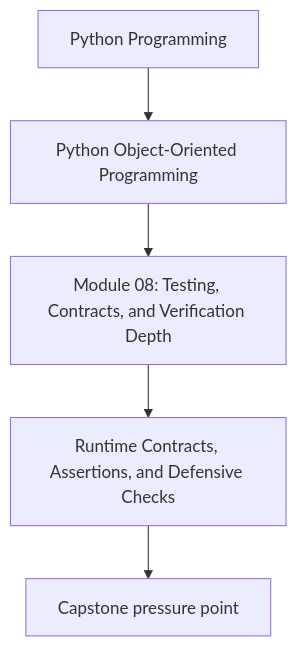
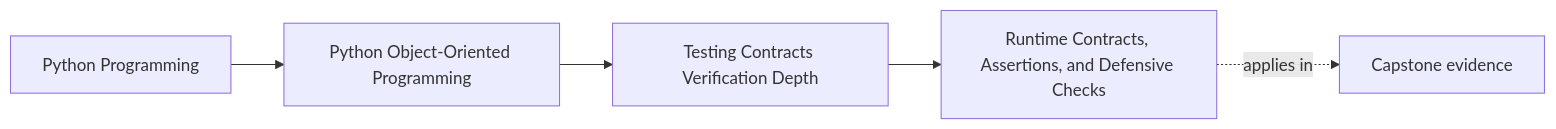
The first of 2 diagrams in programs/python-programming/python-object-oriented-programming/course-book/module-08-testing-contracts-verification-depth/runtime-contracts-assertions-and-defensive-checks.md (bijux/bijux-masterclass), drawn with Mermaid before and after one commit. The commit also changed other lines of this file and 103 other files, not shown here.

Commit message:
docs(python-object-oriented-programming): map sustainment and capstone surfaces

````diff
--- a/programs/python-programming/python-object-oriented-programming/course-book/module-08-testing-contracts-verification-depth/runtime-contracts-assertions-and-defensive-checks.md
+++ b/programs/python-programming/python-object-oriented-programming/course-book/module-08-testing-contracts-verification-depth/runtime-contracts-assertions-and-defensive-checks.md
@@ -7,7 +7,11 @@
 ```mermaid
-flowchart TD
-  family["Python Programming"] --> program["Python Object-Oriented Programming"]
-  program --> module["Module 08: Testing, Contracts, and Verification Depth"]
-  module --> concept["Runtime Contracts, Assertions, and Defensive Checks"]
-  concept --> capstone["Capstone pressure point"]
+graph LR
+  family["Python Programming"]
+  program["Python Object-Oriented Programming"]
+  section["Testing Contracts Verification Depth"]
+  page["Runtime Contracts, Assertions, and Defensive Checks"]
+  capstone["Capstone evidence"]
+
+  family --> program --> section --> page
+  page -.applies in.-> capstone
 ```
````
